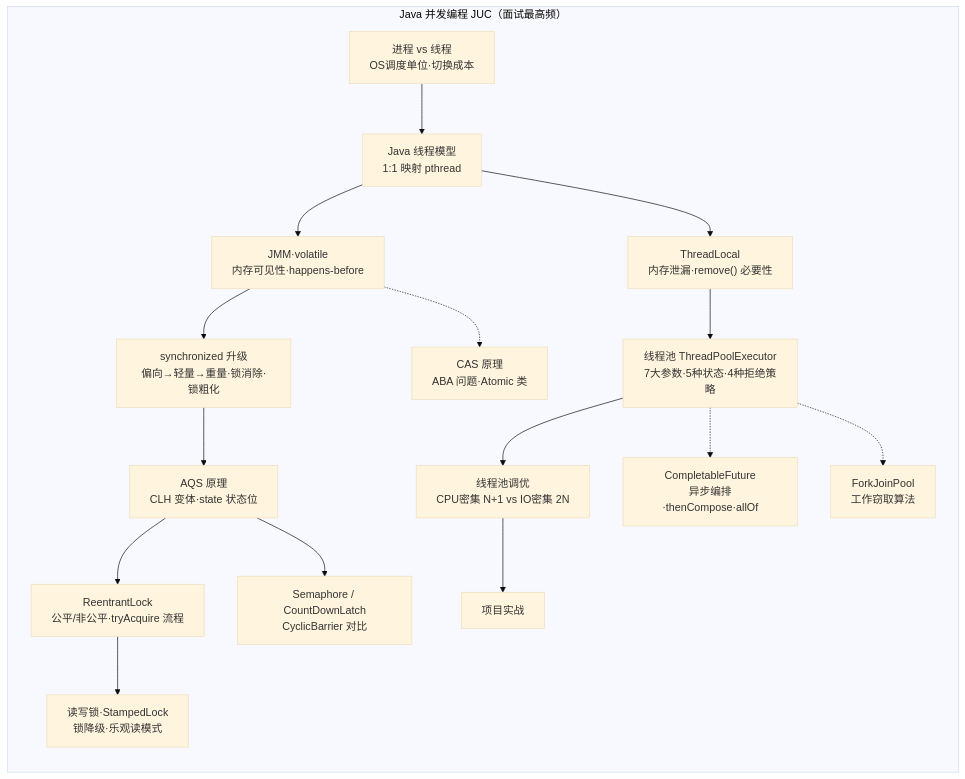
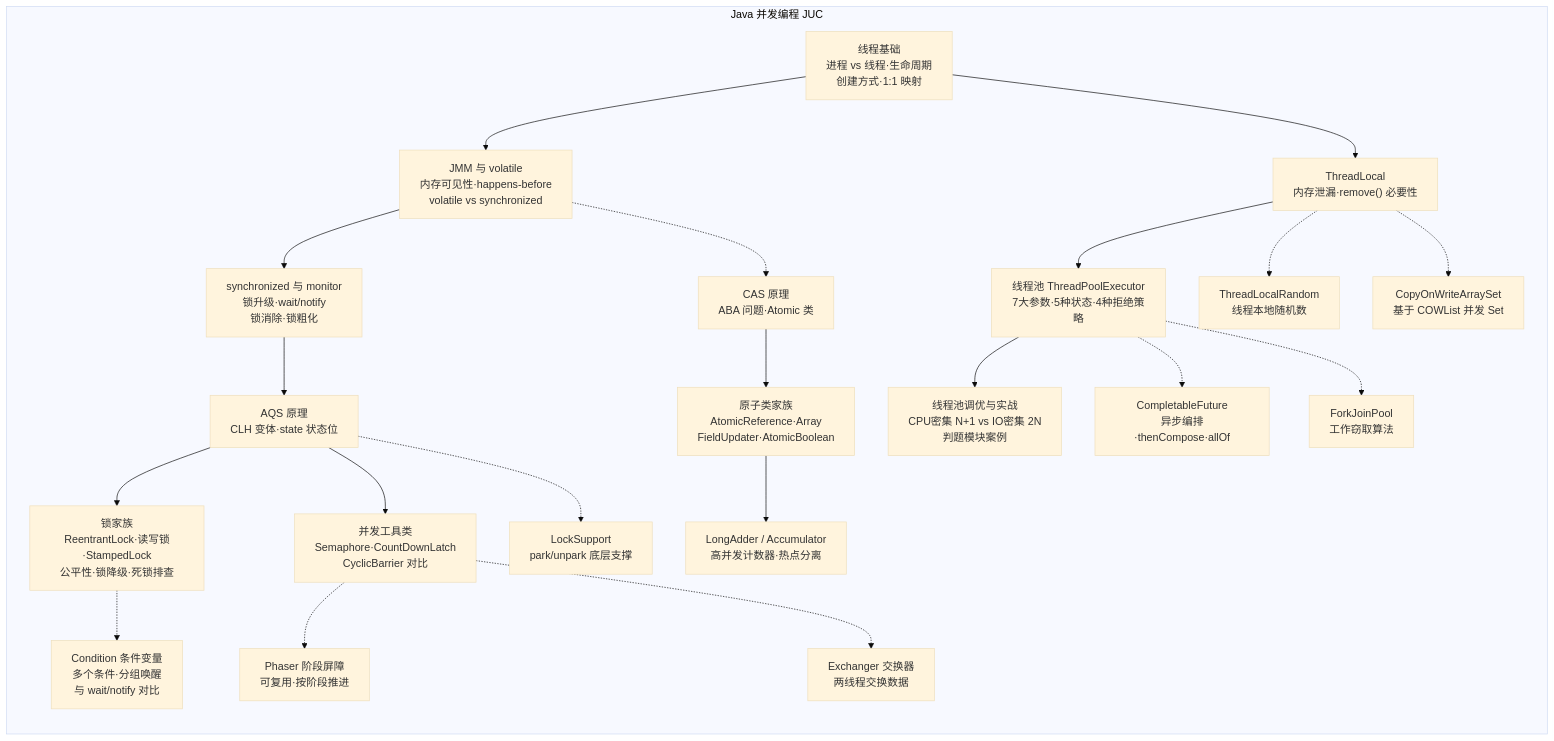
One commit to SongerJia/road-java changed the diagram in 03-JavaConcurrent/11.md. Above: the diagram before and after it, drawn with Mermaid (base theme). The commit also changed 11 other files, not shown here.

````diff
--- a/03-JavaConcurrent/11.md
+++ b/03-JavaConcurrent/11.md
@@ -1,20 +1,26 @@
 ```mermaid
 flowchart TB
-    subgraph 并发编程["Java 并发编程 JUC（面试最高频）"]
+    subgraph 并发编程["Java 并发编程 JUC"]
         direction TB
-        C1["进程 vs 线程<br/>OS调度单位·切换成本"] --> C2["Java 线程模型<br/>1:1 映射 pthread"]
-        C2 --> C3["JMM·volatile<br/>内存可见性·happens-before"]
-        C3 --> C4["synchronized 升级<br/>偏向→轻量→重量·锁消除·锁粗化"]
-        C4 --> C5["AQS 原理<br/>CLH 变体·state 状态位"]
-        C5 --> C6["ReentrantLock<br/>公平/非公平·tryAcquire 流程"]
-        C6 --> C7["读写锁·StampedLock<br/>锁降级·乐观读模式"]
-        C5 --> C8["Semaphore / CountDownLatch<br/>CyclicBarrier 对比"]
-        C2 --> C9["ThreadLocal<br/>内存泄漏·remove() 必要性"]
-        C9 --> C10["线程池 ThreadPoolExecutor<br/>7大参数·5种状态·4种拒绝策略"]
-        C10 --> C11["线程池调优<br/>CPU密集 N+1 vs IO密集 2N"]
-        C11 --> C12["项目实战"]
-        C10 -.-> C13["CompletableFuture<br/>异步编排·thenCompose·allOf"]
-        C10 -.-> C14["ForkJoinPool<br/>工作窃取算法"]
-        C3 -.-> C15["CAS 原理<br/>ABA 问题·Atomic 类"]
+        C1["线程基础<br/>进程 vs 线程·生命周期<br/>创建方式·1:1 映射"] --> C2["JMM 与 volatile<br/>内存可见性·happens-before<br/>volatile vs synchronized"]
+        C2 --> C3["synchronized 与 monitor<br/>锁升级·wait/notify<br/>锁消除·锁粗化"]
+        C3 --> C4["AQS 原理<br/>CLH 变体·state 状态位"]
+        C4 --> C5["锁家族<br/>ReentrantLock·读写锁·StampedLock<br/>公平性·锁降级·死锁排查"]
+        C4 --> C6["并发工具类<br/>Semaphore·CountDownLatch<br/>CyclicBarrier 对比"]
+        C1 --> C7["ThreadLocal<br/>内存泄漏·remove() 必要性"]
+        C7 --> C8["线程池 ThreadPoolExecutor<br/>7大参数·5种状态·4种拒绝策略"]
+        C8 --> C9["线程池调优与实战<br/>CPU密集 N+1 vs IO密集 2N<br/>判题模块案例"]
+        C8 -.-> C10["CompletableFuture<br/>异步编排·thenCompose·allOf"]
+        C8 -.-> C11["ForkJoinPool<br/>工作窃取算法"]
+        C2 -.-> C12["CAS 原理<br/>ABA 问题·Atomic 类"]
+
+        C12 --> A1["原子类家族<br/>AtomicReference·Array<br/>FieldUpdater·AtomicBoolean"]
+        A1 --> A2["LongAdder / Accumulator<br/>高并发计数器·热点分离"]
+        C4 -.-> A3["LockSupport<br/>park/unpark 底层支撑"]
+        C5 -.-> A4["Condition 条件变量<br/>多个条件·分组唤醒<br/>与 wait/notify 对比"]
+        C6 -.-> A5["Phaser 阶段屏障<br/>可复用·按阶段推进"]
+        C6 -.-> A6["Exchanger 交换器<br/>两线程交换数据"]
+        C7 -.-> A7["ThreadLocalRandom<br/>线程本地随机数"]
+        C7 -.-> A8["CopyOnWriteArraySet<br/>基于 COWList 并发 Set"]
     end
 ```
````
